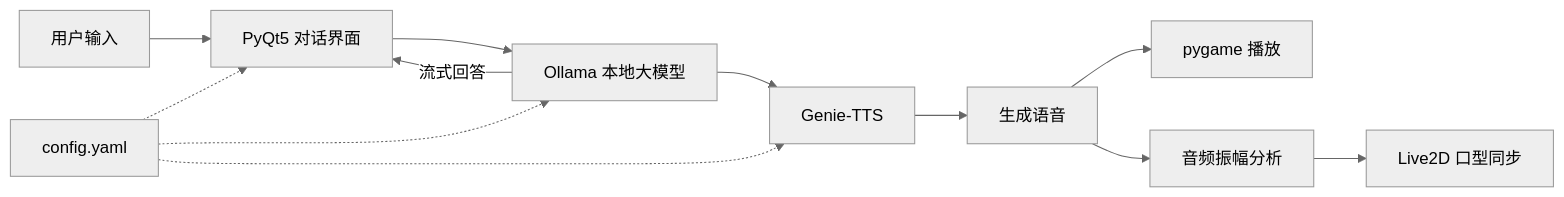
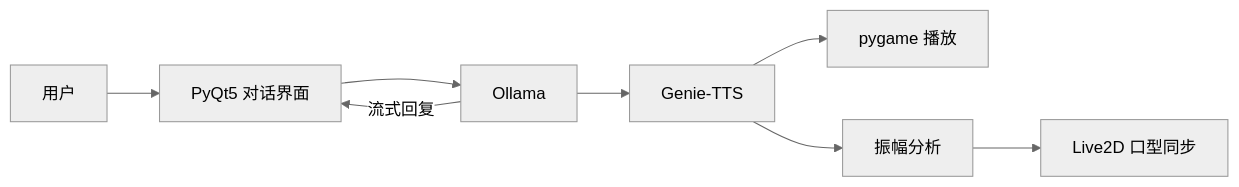
Before and after one commit to Edenmzpy/ATRI_Chatbot: the diagram in README.zh-CN.md, drawn with Mermaid (neutral theme). The commit also changed other lines of this file and 41 other files, not shown here.

````diff
--- a/README.zh-CN.md
+++ b/README.zh-CN.md
@@ -35,14 +33,10 @@
 ```mermaid
 flowchart LR
-    U[用户输入] --> UI[PyQt5 对话界面]
-    UI --> LLM[Ollama 本地大模型]
-    LLM -->|流式回答| UI
+    U[用户] --> UI[PyQt5 对话界面]
+    UI --> LLM[Ollama]
+    LLM -->|流式回复| UI
     LLM --> TTS[Genie-TTS]
-    TTS --> WAV[生成语音]
-    WAV --> A[pygame 播放]
-    WAV --> S[音频振幅分析]
+    TTS --> P[pygame 播放]
+    TTS --> S[振幅分析]
     S --> V[Live2D 口型同步]
-    C[config.yaml] -.-> UI
-    C -.-> LLM
-    C -.-> TTS
 ```
````
